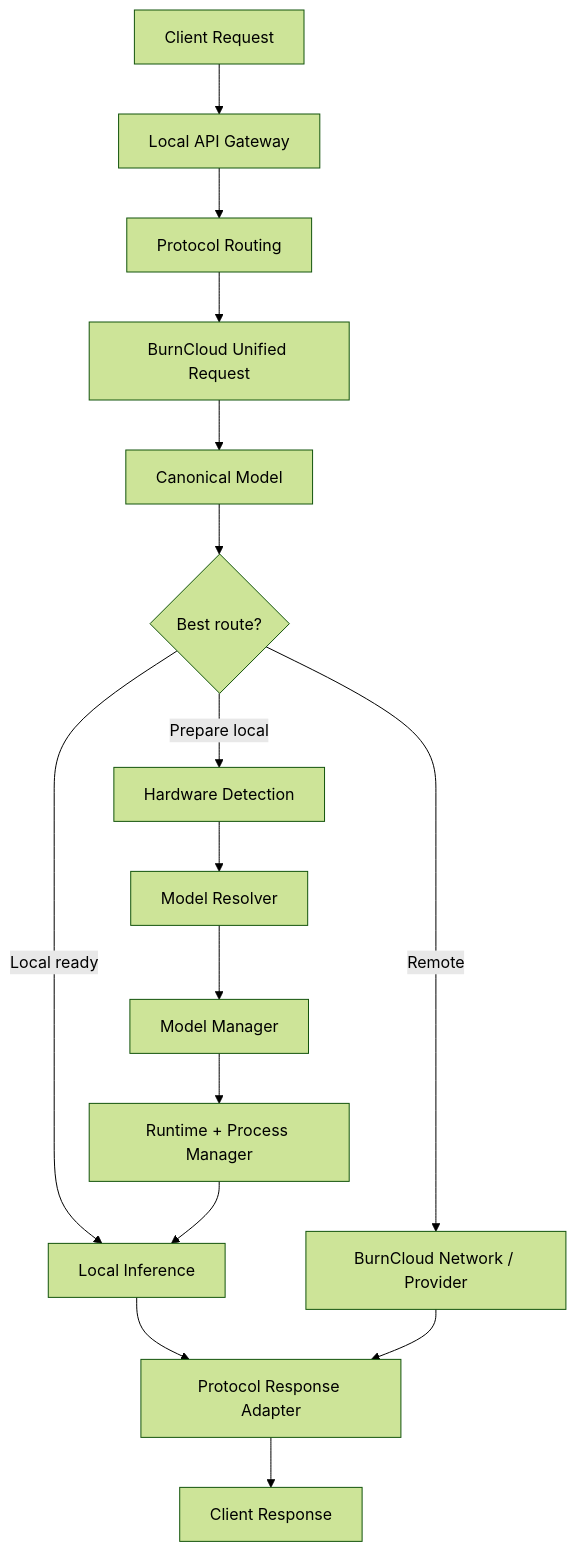
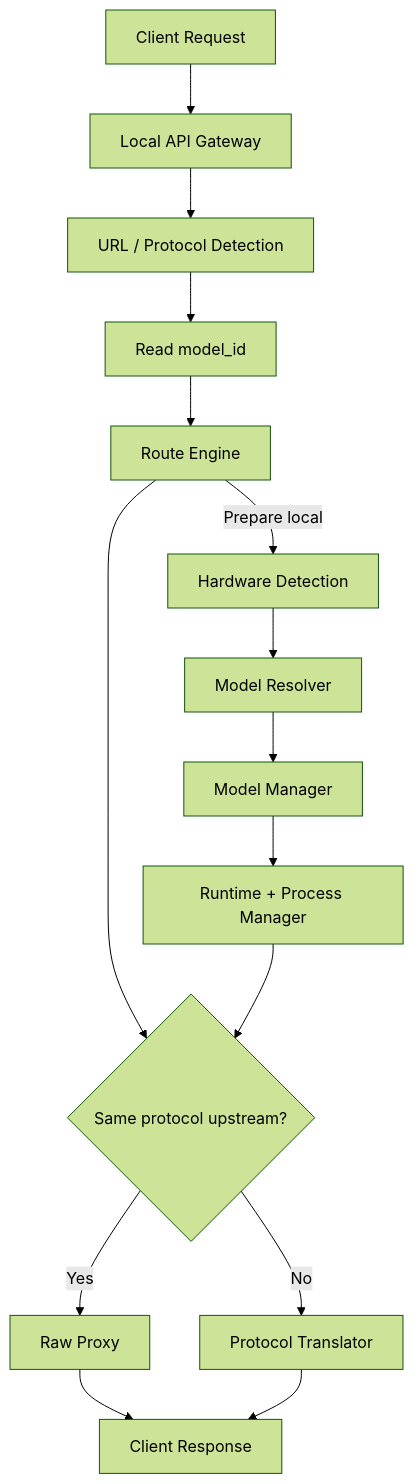
One commit to burncloud/burncloud.github.io changed the second of 2 diagrams in site/manual-docs/burncloud-node/index.md. Above: the diagram before and after it, drawn with Mermaid (forest theme). The commit also changed other lines of this file, not shown here.

Commit message:
docs: update Node overview for raw proxy routing

````diff
--- a/site/manual-docs/burncloud-node/index.md
+++ b/site/manual-docs/burncloud-node/index.md
@@ -40,18 +40,17 @@
 ```mermaid
 flowchart TD
     A["Client Request"] --> B["Local API Gateway"]
-    B --> C["Protocol Routing"]
-    C --> D["BurnCloud Unified Request"]
-    D --> E["Canonical Model"]
-    E --> F{"Best route?"}
-    F -->|Local ready| L["Local Inference"]
-    F -->|Prepare local| H["Hardware Detection"]
+    B --> C["URL / Protocol Detection"]
+    C --> D["Read model_id"]
+    D --> E["Route Engine"]
+    E --> F{"Same protocol upstream?"}
+    F -->|Yes| RAW["Raw Proxy"]
+    F -->|No| TRANS["Protocol Translator"]
+    E -->|Prepare local| H["Hardware Detection"]
     H --> I["Model Resolver"]
     I --> J["Model Manager"]
     J --> K["Runtime + Process Manager"]
-    K --> L
-    F -->|Remote| N["BurnCloud Network / Provider"]
-    L --> R["Protocol Response Adapter"]
-    N --> R
-    R --> Z["Client Response"]
+    K --> F
+    RAW --> Z["Client Response"]
+    TRANS --> Z
 ```
````
